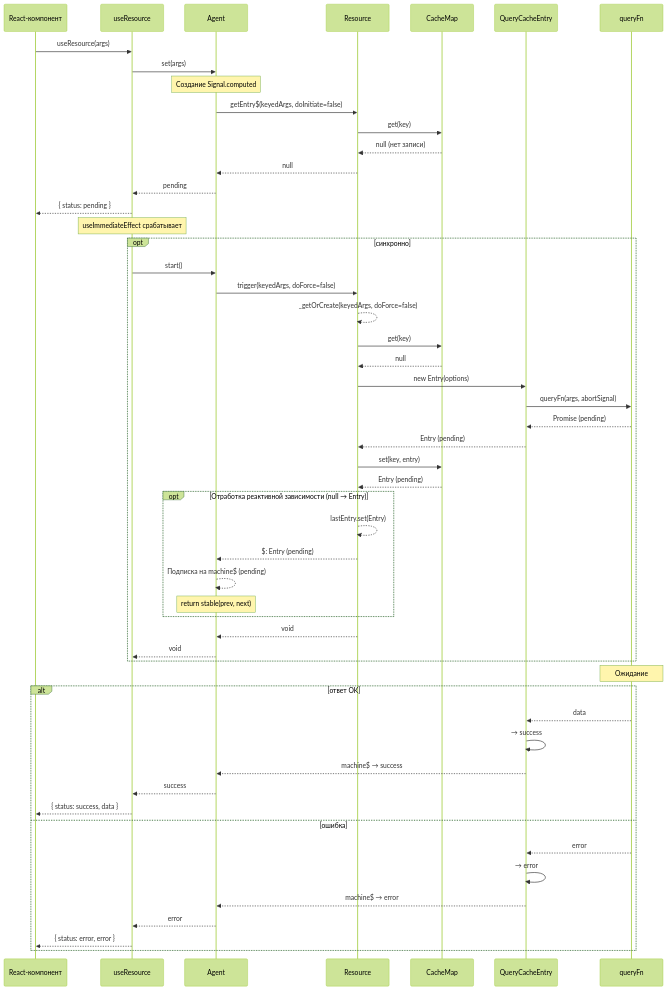
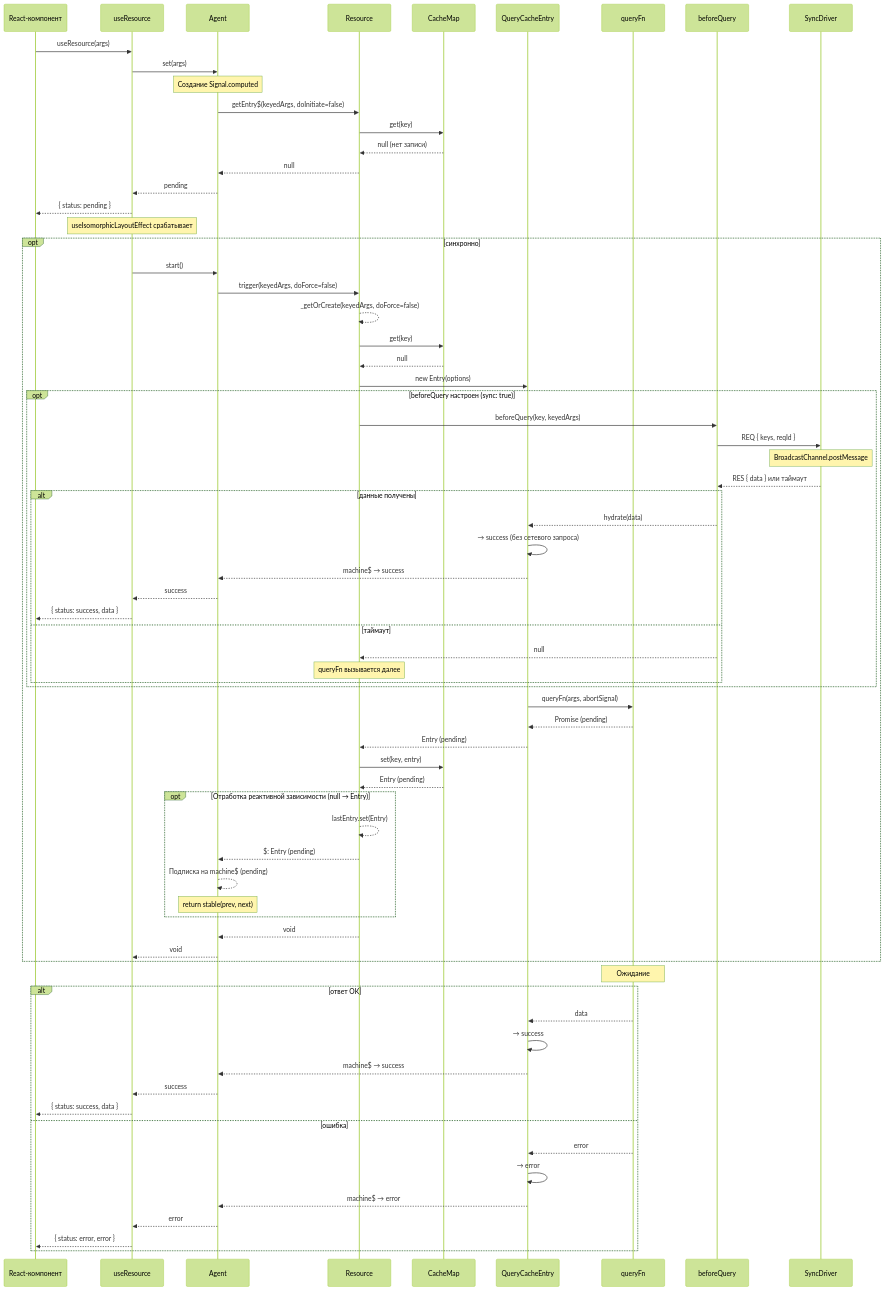
Before and after one commit to fozy-labs/rx-toolkit: the first of 10 diagrams in docs/query/concepts/dataflows.md, drawn with Mermaid (forest theme). The commit also changed other lines of this file and 194 other files, not shown here.

```diff
--- a/docs/query/concepts/dataflows.md
+++ b/docs/query/concepts/dataflows.md
@@ -17,6 +21,8 @@
     participant Cache as CacheMap
     participant Entry as QueryCacheEntry
     participant Query as queryFn
+    participant BQ as beforeQuery
+    participant Sync as SyncDriver
 
     UI->>Hook: useResource(args)
     Hook->>Agent: set(args)
@@ -31,7 +37,7 @@
     Agent-->>Hook: pending
     Hook-->>UI: { status: pending }
 
-    Note over Hook: useImmediateEffect срабатывает
+    Note over Hook: useIsomorphicLayoutEffect срабатывает
 
     opt синхронно
         Hook->>Agent: start()
@@ -40,6 +46,25 @@
         Res->>Cache: get(key)
         Cache-->>Res: null
         Res->>Entry: new Entry(options)
+
+        opt beforeQuery настроен (sync: true)
+            Res->>BQ: beforeQuery(key, keyedArgs)
+            BQ->>Sync: REQ { keys, reqId }
+            Note over Sync: BroadcastChannel.postMessage
+            Sync-->>BQ: RES { data } или таймаут
+
+            alt данные получены
+                BQ-->>Entry: hydrate(data)
+                Entry->>Entry: → success (без сетевого запроса)
+                Entry-->>Agent: machine$ → success
+                Agent-->>Hook: success
+                Hook-->>UI: { status: success, data }
+            else таймаут
+                BQ-->>Res: null
+                Note over Res: queryFn вызывается далее
+            end
+        end
+
         Entry->>Query: queryFn(args, abortSignal)
         Query-->>Entry: Promise (pending)
         Entry-->>Res: Entry (pending)
```
